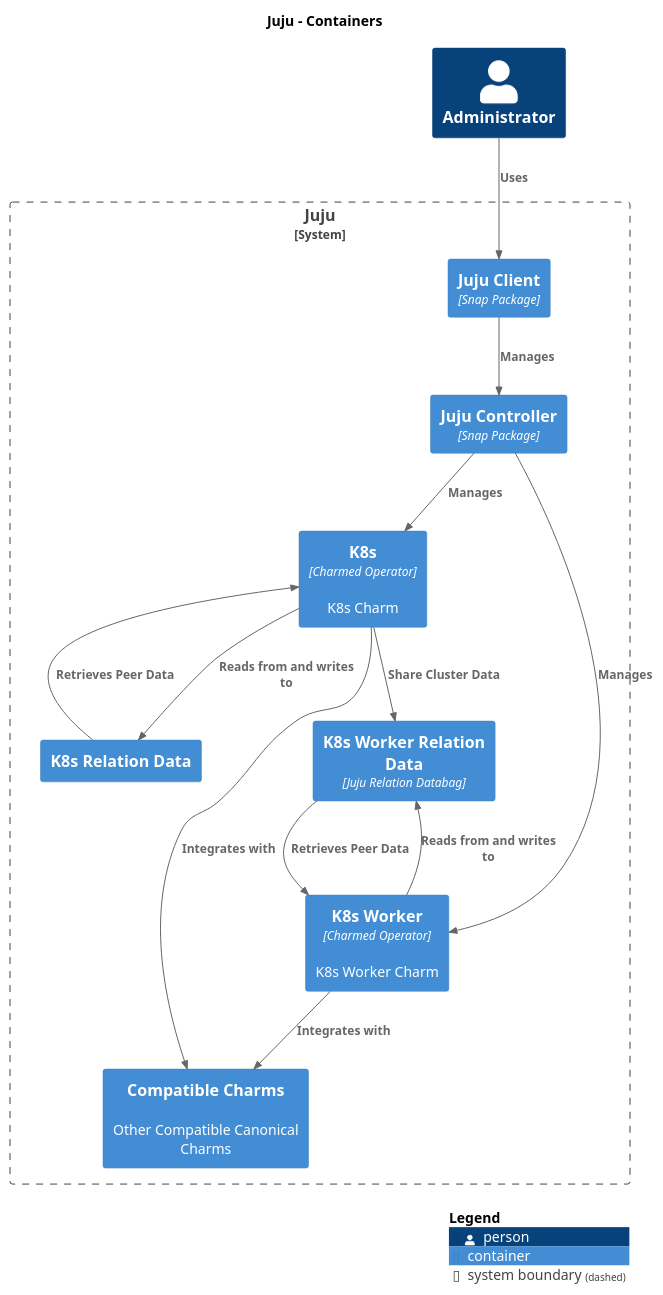
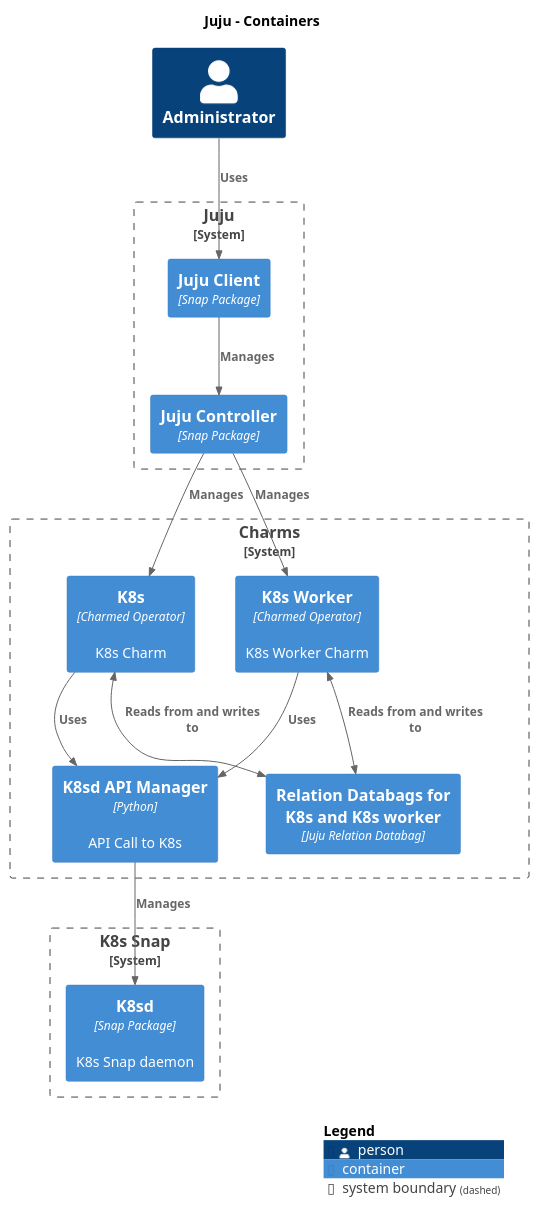
The diagram in docs/canonicalk8s/assets/charms-architecture.puml (canonical/k8s-snap), drawn with PlantUML before and after one commit. The commit also changed 1 other file, not shown here.

Commit message:
docs: review charm arch diag (#1234)

```diff
--- a/docs/canonicalk8s/assets/charms-architecture.puml
+++ b/docs/canonicalk8s/assets/charms-architecture.puml
@@ -1,36 +1,40 @@
 @startuml
 set separator none
 title Juju - Containers
 
 top to bottom direction
 
 !include <C4/C4>
 !include <C4/C4_Context>
 !include <C4/C4_Container>
 
 Person(Administrator, "Administrator", $descr="", $tags="", $link="")
 
+System_Boundary("Charm_boundary", "Charms", $tags="") {
+  Container(Juju.K8s, "K8s", $techn="Charmed Operator", $descr="K8s Charm", $tags="", $link="")
+  Container(Juju.K8sWorker, "K8s Worker", $techn="Charmed Operator", $descr="K8s Worker Charm", $tags="", $link="")
+  Container(Juju.ApiManager, "K8sd API Manager", $techn="Python", $descr="API Call to K8s", $tags="", $link="")
+  Container(Juju.RelationData, "Relation Databags for K8s and K8s worker", $techn="Juju Relation Databag", $descr="", $tags="", $link="")
+}
+
 System_Boundary("Juju_boundary", "Juju", $tags="") {
   Container(Juju.JujuController, "Juju Controller", $techn="Snap Package", $descr="", $tags="", $link="")
   Container(Juju.JujuClient, "Juju Client", $techn="Snap Package", $descr="", $tags="", $link="")
-  Container(Juju.CompatibleCharms, "Compatible Charms", $techn="", $descr="Other Compatible Canonical Charms", $tags="", $link="")
-  Container(Juju.K8s, "K8s", $techn="Charmed Operator", $descr="K8s Charm", $tags="", $link="")
-  Container(Juju.K8sRelationData, "K8s Relation Data", $techn="", $descr="", $tags="", $link="")
-  Container(Juju.K8sWorker, "K8s Worker", $techn="Charmed Operator", $descr="K8s Worker Charm", $tags="", $link="")
-  Container(Juju.K8sWorkerRelationData, "K8s Worker Relation Data", $techn="Juju Relation Databag", $descr="", $tags="", $link="")
 }
 
-Rel(Juju.K8sWorker, Juju.K8sWorkerRelationData, "Reads from and writes to", $techn="", $tags="", $link="")
-Rel(Juju.K8sWorkerRelationData, Juju.K8sWorker, "Retrieves Peer Data", $techn="", $tags="", $link="")
+System_Boundary("K8s_snap", "K8s Snap", $tags="") {
+  Container(K8sSnap.K8sd, "K8sd", $techn="Snap Package", $descr="K8s Snap daemon", $tags="", $link="")
+}
+
+Rel(Juju.K8s, Juju.ApiManager, "Uses", $techn="", $tags="", $link="")
+Rel(Juju.K8sWorker, Juju.ApiManager, "Uses", $techn="", $tags="", $link="")
+BiRel(Juju.K8sWorker, Juju.RelationData, "Reads from and writes to", $techn="", $tags="", $link="")
+BiRel(Juju.K8s, Juju.RelationData, "Reads from and writes to", $techn="", $tags="", $link="")
 Rel(Juju.JujuController, Juju.K8s, "Manages", $techn="", $tags="", $link="")
 Rel(Juju.JujuController, Juju.K8sWorker, "Manages", $techn="", $tags="", $link="")
 Rel(Administrator, Juju.JujuClient, "Uses", $techn="", $tags="", $link="")
 Rel(Juju.JujuClient, Juju.JujuController, "Manages", $techn="", $tags="", $link="")
-Rel(Juju.K8s, Juju.CompatibleCharms, "Integrates with", $techn="", $tags="", $link="")
-Rel(Juju.K8sWorker, Juju.CompatibleCharms, "Integrates with", $techn="", $tags="", $link="")
-Rel(Juju.K8s, Juju.K8sRelationData, "Reads from and writes to", $techn="", $tags="", $link="")
-Rel(Juju.K8sRelationData, Juju.K8s, "Retrieves Peer Data", $techn="", $tags="", $link="")
-Rel(Juju.K8s, Juju.K8sWorkerRelationData, "Share Cluster Data", $techn="", $tags="", $link="")
+Rel(Juju.ApiManager, K8sSnap.K8sd, "Manages", $techn="", $tags="", $link="")
 
 SHOW_LEGEND(true)
 @enduml
```
